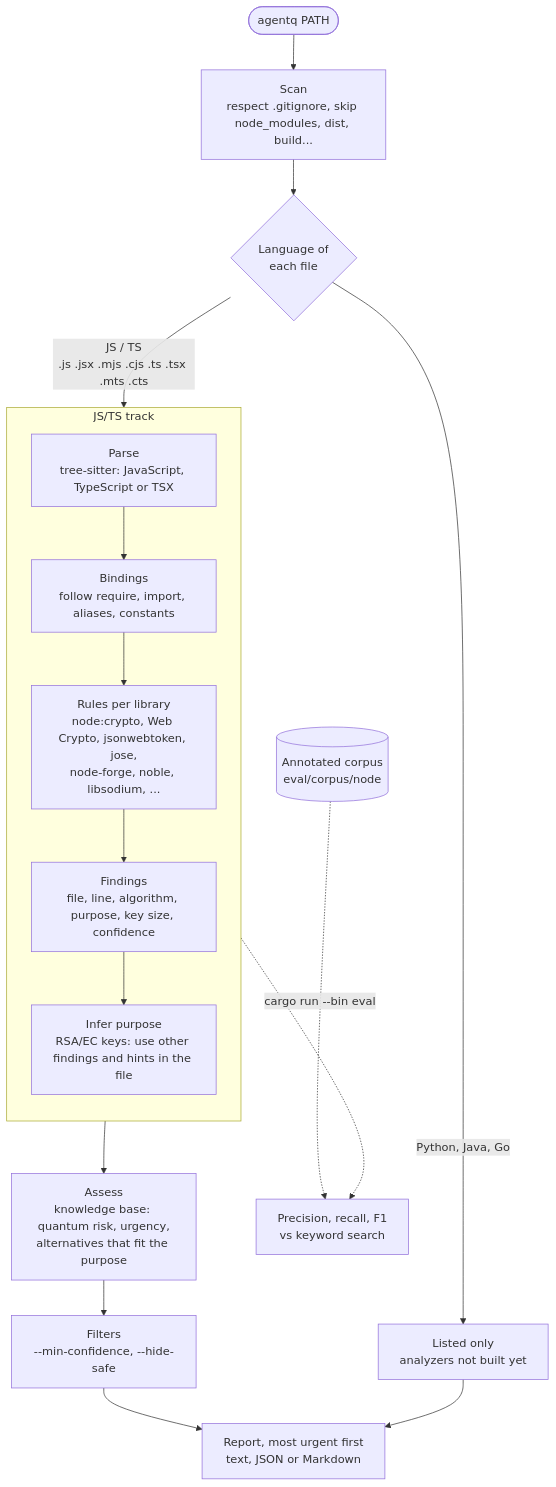
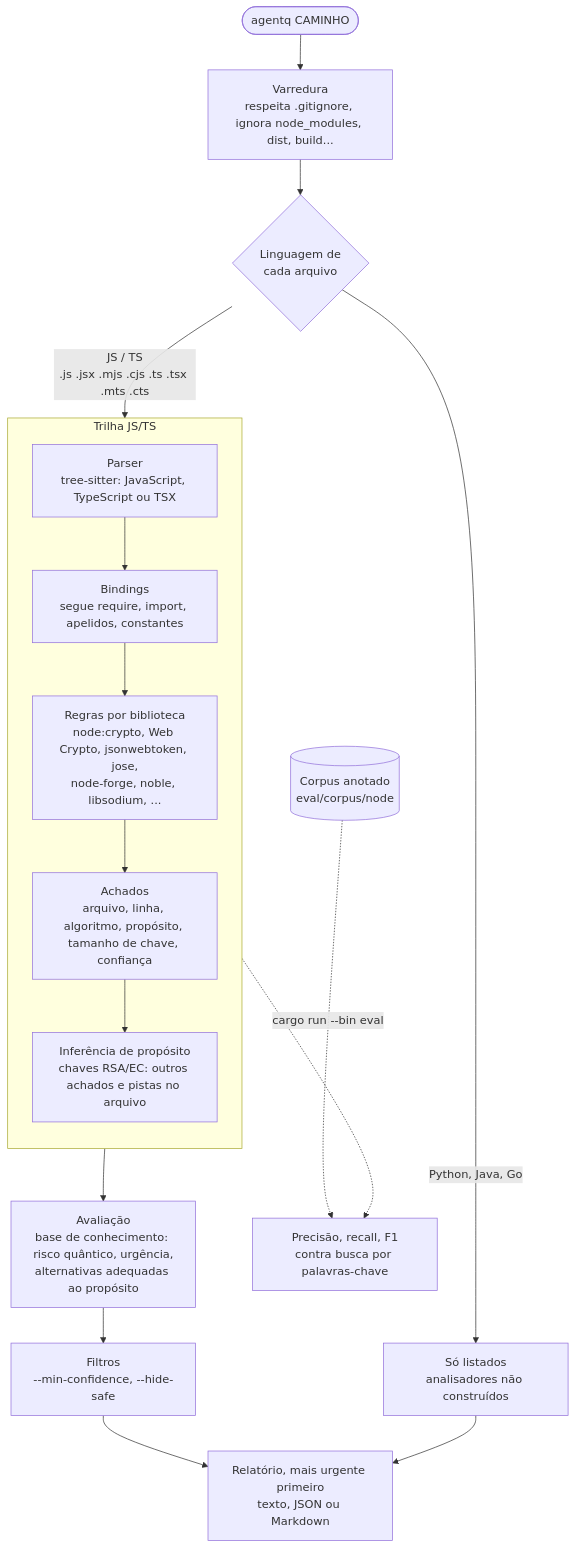
The diagram in README.md (Edgarcsr/agentq), drawn with Mermaid before and after one commit. The commit also changed other lines of this file and 32 other files, not shown here.

````diff
--- a/README.md
+++ b/README.md
@@ -67,24 +254,24 @@
 ```mermaid
 flowchart TD
-    start(["agentq PATH"]) --> scan["Scan<br/>respect .gitignore, skip node_modules, dist, build..."]
-    scan --> route{"Language of<br/>each file"}
+    start(["agentq CAMINHO"]) --> scan["Varredura<br/>respeita .gitignore, ignora node_modules, dist, build..."]
+    scan --> route{"Linguagem de<br/>cada arquivo"}
 
     route -->|"JS / TS<br/>.js .jsx .mjs .cjs .ts .tsx .mts .cts"| parse
-    route -->|"Python, Java, Go"| pending["Listed only<br/>analyzers not built yet"]
+    route -->|"Python, Java, Go"| pending["Só listados<br/>analisadores não construídos"]
 
-    subgraph jstrack ["JS/TS track"]
+    subgraph jstrack ["Trilha JS/TS"]
         direction TB
-        parse["Parse<br/>tree-sitter: JavaScript, TypeScript or TSX"] --> bind["Bindings<br/>follow require, import, aliases, constants"]
-        bind --> rules["Rules per library<br/>node:crypto, Web Crypto, jsonwebtoken, jose,<br/>node-forge, noble, libsodium, ..."]
-        rules --> raw["Findings<br/>file, line, algorithm, purpose, key size, confidence"]
-        raw --> infer["Infer purpose<br/>RSA/EC keys: use other findings and hints in the file"]
+        parse["Parser<br/>tree-sitter: JavaScript, TypeScript ou TSX"] --> bind["Bindings<br/>segue require, import, apelidos, constantes"]
+        bind --> rules["Regras por biblioteca<br/>node:crypto, Web Crypto, jsonwebtoken, jose,<br/>node-forge, noble, libsodium, ..."]
+        rules --> raw["Achados<br/>arquivo, linha, algoritmo, propósito, tamanho de chave, confiança"]
+        raw --> infer["Inferência de propósito<br/>chaves RSA/EC: outros achados e pistas no arquivo"]
     end
 
-    infer --> assess["Assess<br/>knowledge base: quantum risk, urgency,<br/>alternatives that fit the purpose"]
-    assess --> filter["Filters<br/>--min-confidence, --hide-safe"]
-    filter --> report["Report, most urgent first<br/>text, JSON or Markdown"]
+    infer --> assess["Avaliação<br/>base de conhecimento: risco quântico, urgência,<br/>alternativas adequadas ao propósito"]
+    assess --> filter["Filtros<br/>--min-confidence, --hide-safe"]
+    filter --> report["Relatório, mais urgente primeiro<br/>texto, JSON ou Markdown"]
     pending --> report
 
-    corpus[("Annotated corpus<br/>eval/corpus/node")] -.->|"cargo run --bin eval"| metrics["Precision, recall, F1<br/>vs keyword search"]
+    corpus[("Corpus anotado<br/>eval/corpus/node")] -.->|"cargo run --bin eval"| metrics["Precisão, recall, F1<br/>contra busca por palavras-chave"]
     infer -.-> metrics
 ```
````
